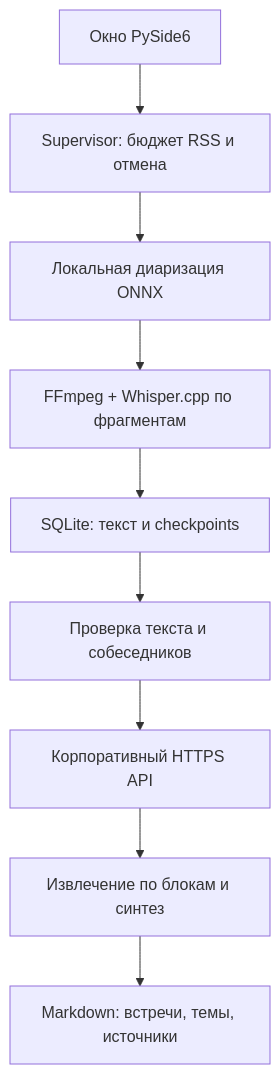
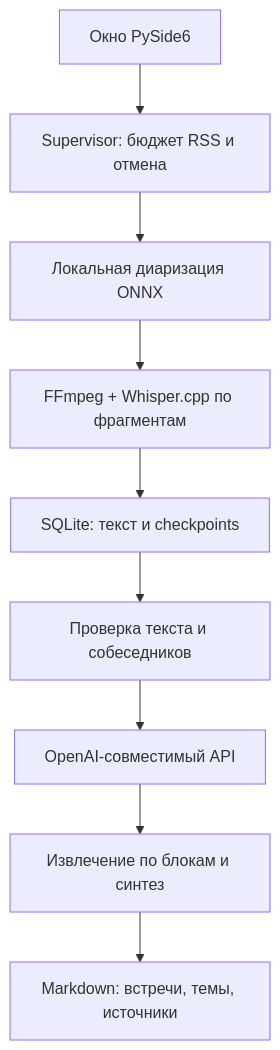
Before and after one commit to Igibaev/samarizator: the diagram in docs/architecture.md, drawn with Mermaid. The commit also changed other lines of this file and 10 other files, not shown here.

First line of the commit message:
Replace the corporate endpoint with a universal OpenAI-compatible API

````diff
--- a/docs/architecture.md
+++ b/docs/architecture.md
@@ -3,11 +3,11 @@
 ```mermaid
 flowchart TD
     UI["Окно PySide6"] --> W["Supervisor: бюджет RSS и отмена"]
     W --> D["Локальная диаризация ONNX"]
     D --> A["FFmpeg + Whisper.cpp по фрагментам"]
     A --> DB["SQLite: текст и checkpoints"]
     DB --> R["Проверка текста и собеседников"]
-    R --> C["Корпоративный HTTPS API"]
+    R --> C["OpenAI-совместимый API"]
     C --> S["Извлечение по блокам и синтез"]
     S --> KB["Markdown: встречи, темы, источники"]
 ```
````
